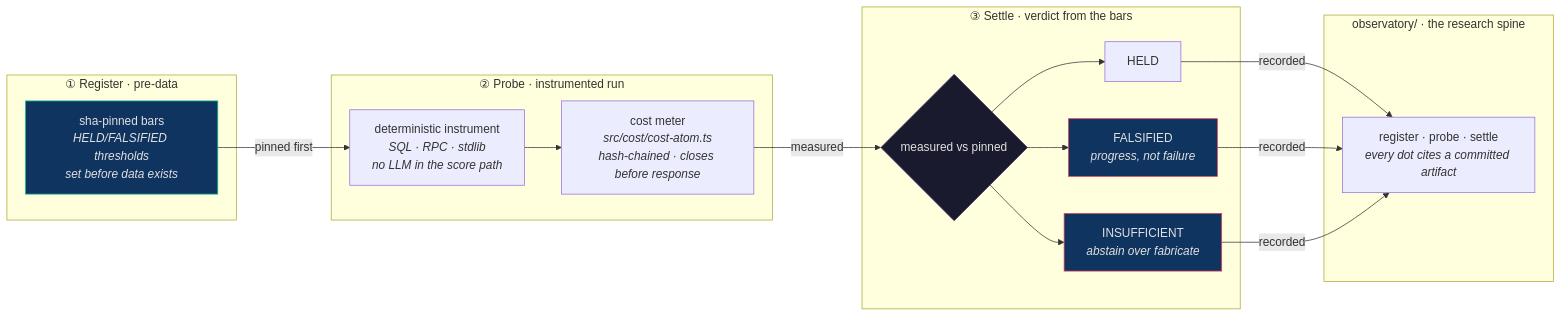
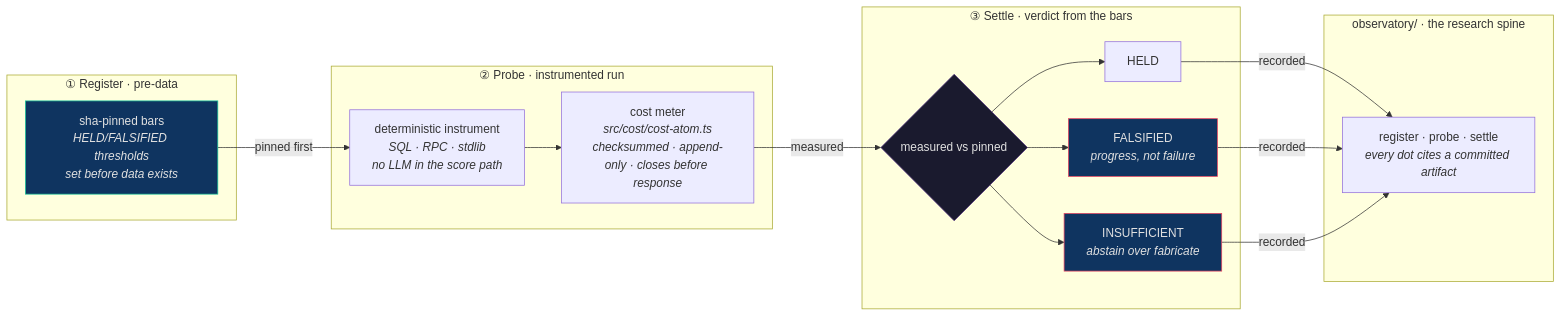
One commit to 0xHoneyJar/loa-finn changed the diagram in README.md. Above: the diagram before and after it, drawn with Mermaid. The commit also changed other lines of this file, not shown here.

First line of the commit message:
fix(readme): correct cost-meter over-claim — checksummed, not hash-chained

````diff
--- a/README.md
+++ b/README.md
@@ -35,30 +35,30 @@
 ```mermaid
 graph LR
     subgraph Register["① Register · pre-data"]
         BARS["sha-pinned bars<br/><i>HELD/FALSIFIED thresholds<br/>set before data exists</i>"]
     end
     subgraph Probe["② Probe · instrumented run"]
         RUN["deterministic instrument<br/><i>SQL · RPC · stdlib<br/>no LLM in the score path</i>"]
-        METER["cost meter<br/><i>src/cost/cost-atom.ts<br/>hash-chained · closes before response</i>"]
+        METER["cost meter<br/><i>src/cost/cost-atom.ts<br/>checksummed · append-only · closes before response</i>"]
     end
     subgraph Settle["③ Settle · verdict from the bars"]
         V{"measured vs pinned"}
         H["HELD"]
         F["FALSIFIED<br/><i>progress, not failure</i>"]
         I["INSUFFICIENT<br/><i>abstain over fabricate</i>"]
     end
     subgraph Spine["observatory/ · the research spine"]
         SP["register · probe · settle<br/><i>every dot cites a committed artifact</i>"]
     end
 
     BARS -->|pinned first| RUN
     RUN --> METER
     METER -->|measured| V
     V --> H & F & I
     H & F & I -->|recorded| SP
 
     style BARS fill:#0f3460,stroke:#16c79a,color:#e0e0e0
     style V fill:#1a1a2e,stroke:#533483,color:#e0e0e0
     style F fill:#0f3460,stroke:#e94560,color:#e0e0e0
     style I fill:#0f3460,stroke:#e94560,color:#e0e0e0
 ```
````
